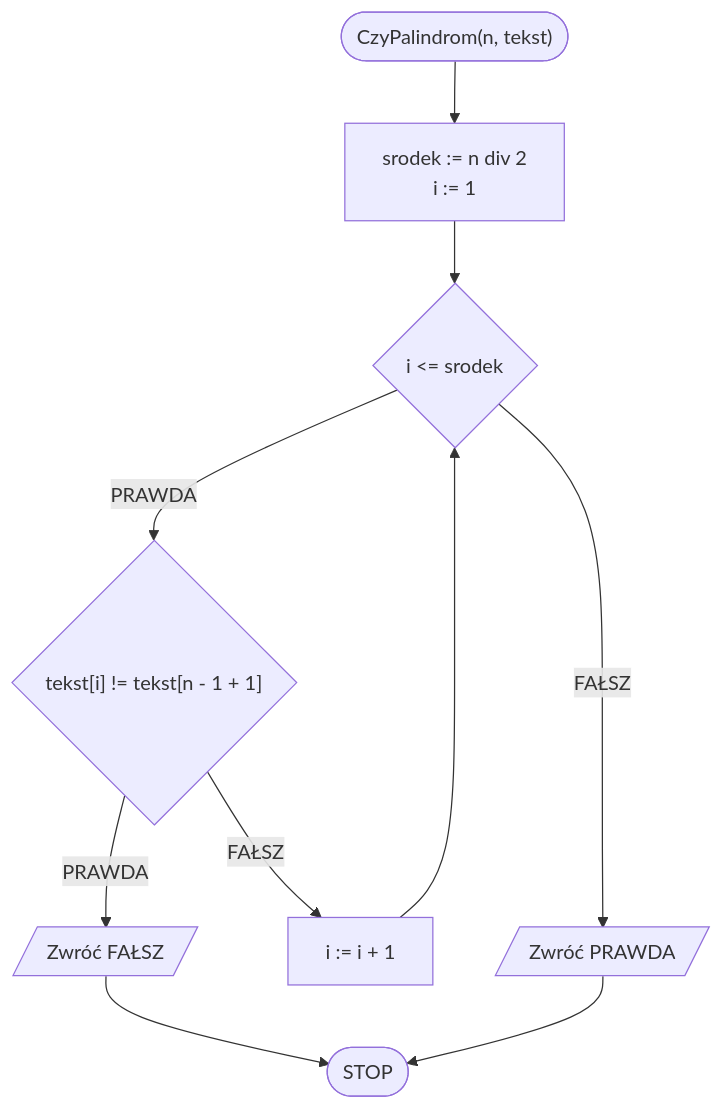
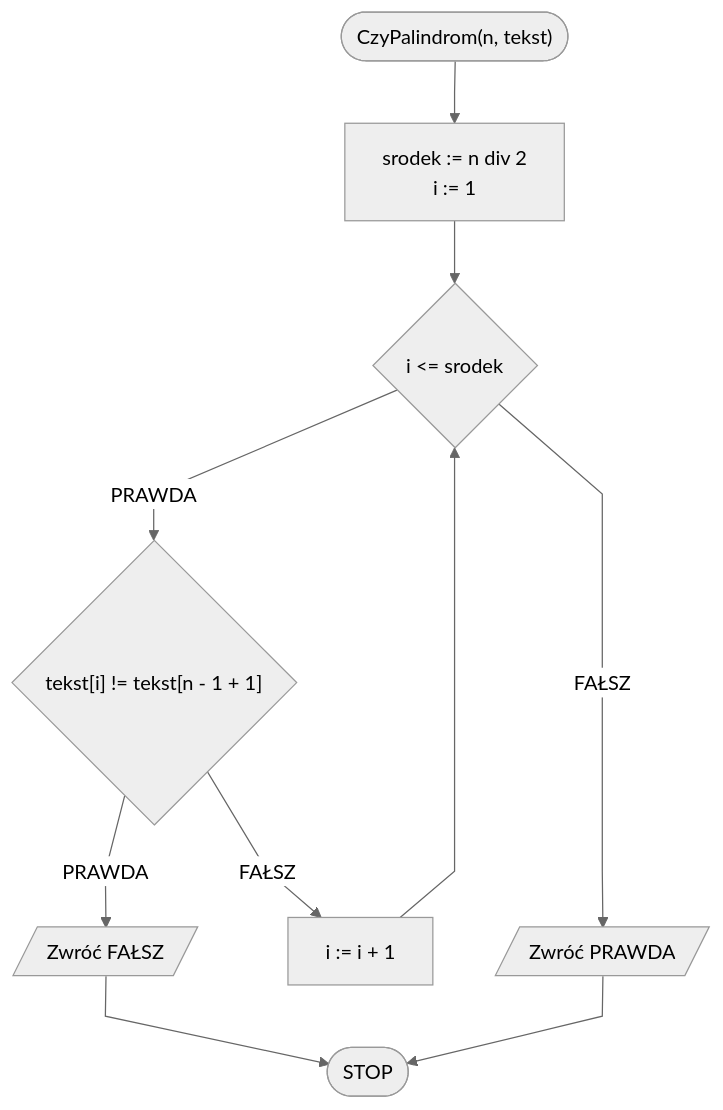
The diagram in algorithms/text/palindrome.md (blackbat13/cs-htiew-gitbook), drawn with Mermaid before and after one commit. The commit also changed 57 other files, not shown here.

Commit message:
Modified flowchart style

````diff
--- a/algorithms/text/palindrome.md
+++ b/algorithms/text/palindrome.md
@@ -74,12 +74,13 @@
 ```mermaid
+%%{init: {"flowchart": {"curve": "linear"}, "theme": "neutral"} }%%
 flowchart TD
 	START(["CzyPalindrom(n, tekst)"]) --> K1[srodek := n div 2\ni := 1]
 	K1 --> K2{i <= srodek}
 	K2 -- PRAWDA --> K3{"tekst[i] != tekst[n - 1 + 1]"}
 	K3 -- PRAWDA --> K4[/Zwróć FAŁSZ/]
 	K4 --> STOP([STOP])
 	K3 -- FAŁSZ --> K2i[i := i + 1]
 	K2i --> K2
 	K2 -- FAŁSZ --> K5[/Zwróć PRAWDA/]
 	K5 --> STOP
 ```
````
